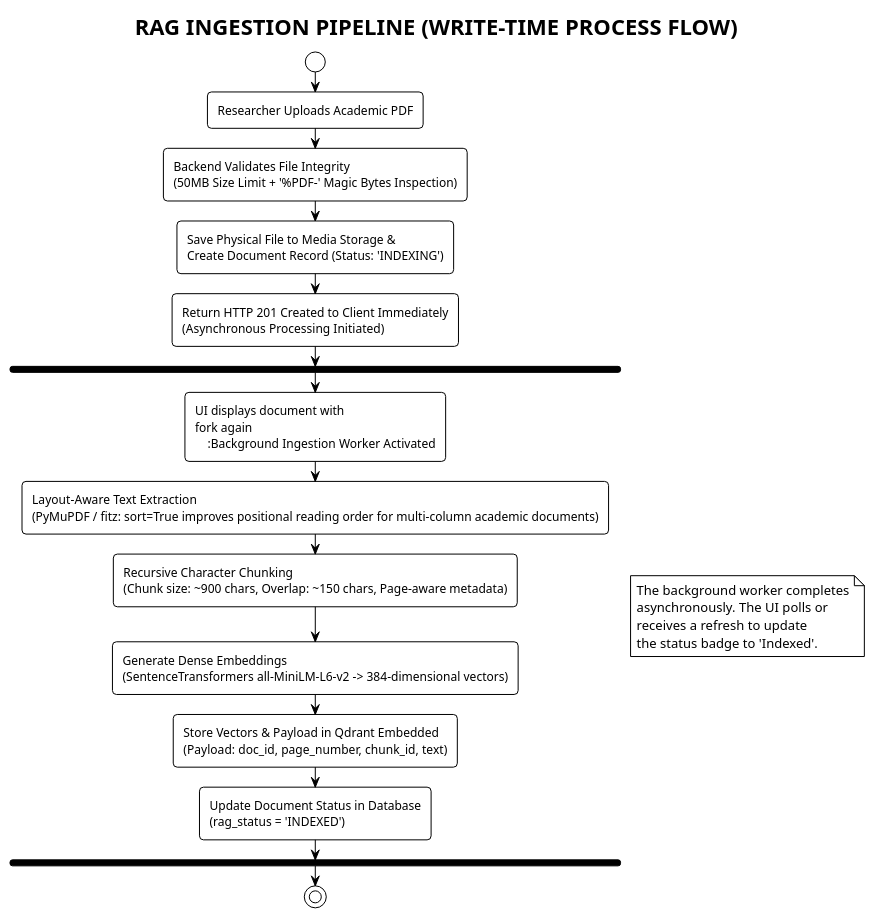
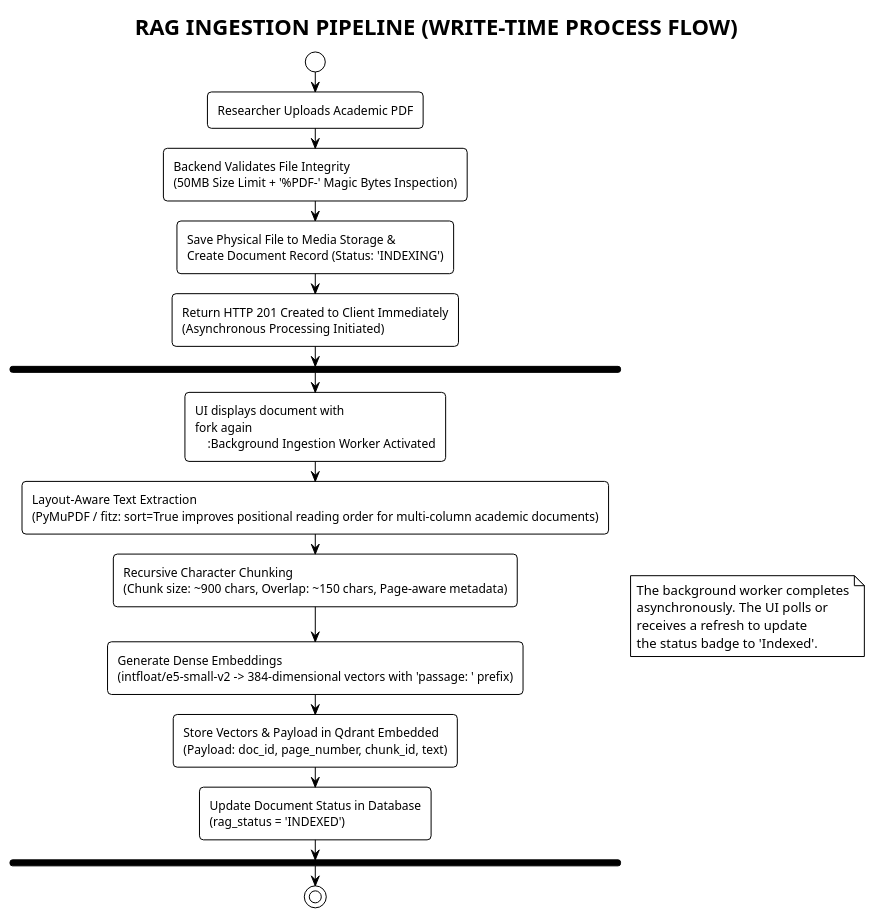
Before and after one commit to Scrowbin/science-document-viewer: the fourth of 12 diagrams in ARCHITECTURE.md, drawn with PlantUML. The commit also changed other lines of this file and 143 other files, not shown here.

````diff
--- a/ARCHITECTURE.md
+++ b/ARCHITECTURE.md
@@ -292,45 +292,45 @@
 ```plantuml
 @startuml RAG_Ingestion_Pipeline
 !theme plain
 skinparam roundcorner 8
 skinparam shadowing false
 
 title RAG INGESTION PIPELINE (WRITE-TIME PROCESS FLOW)
 
 start
 :Researcher Uploads Academic PDF;
 :Backend Validates File Integrity
 (50MB Size Limit + '%PDF-' Magic Bytes Inspection);
 :Save Physical File to Media Storage &
 Create Document Record (Status: 'INDEXING');
 :Return HTTP 201 Created to Client Immediately
 (Asynchronous Processing Initiated);
 
 fork
     :UI displays document with
     'Indexing...' Status Indicator;
 fork again
     :Background Ingestion Worker Activated;
     :Layout-Aware Text Extraction
     (PyMuPDF / fitz: sort=True improves positional reading order for multi-column academic documents);
     :Recursive Character Chunking
     (Chunk size: ~900 chars, Overlap: ~150 chars, Page-aware metadata);
     :Generate Dense Embeddings
-    (SentenceTransformers all-MiniLM-L6-v2 -> 384-dimensional vectors);
+    (intfloat/e5-small-v2 -> 384-dimensional vectors with 'passage: ' prefix);
     :Store Vectors & Payload in Qdrant Embedded
     (Payload: doc_id, page_number, chunk_id, text);
     :Update Document Status in Database
     (rag_status = 'INDEXED');
 end fork
 
 note right
     The background worker completes
     asynchronously. The UI polls or
     receives a refresh to update
     the status badge to 'Indexed'.
 end note
 
 stop
 
 @enduml
 ```
````
